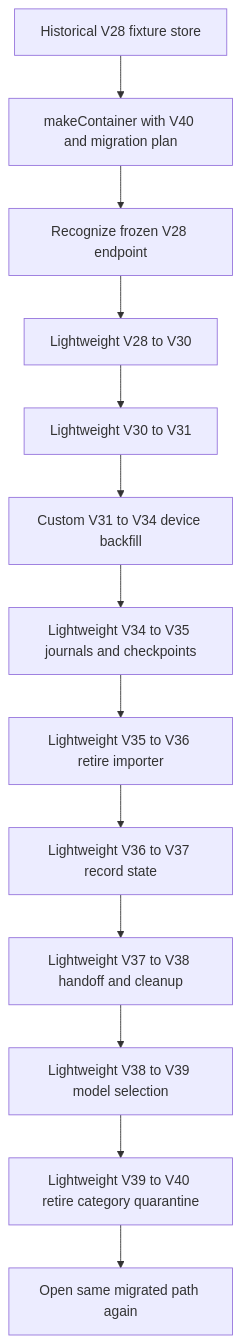
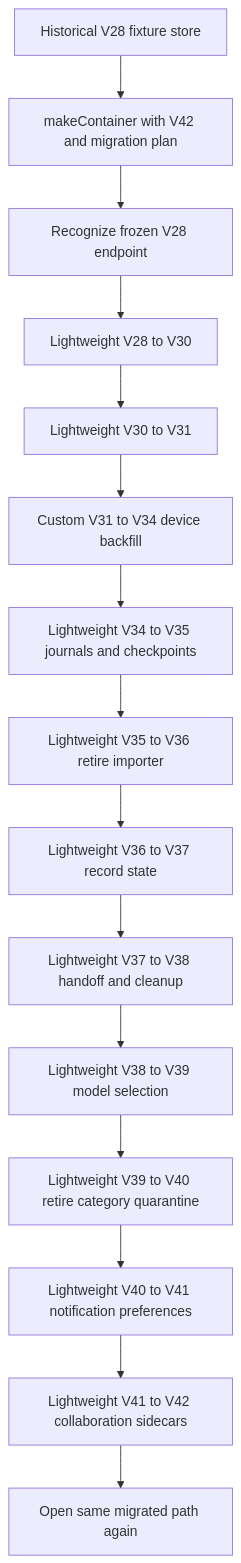
One commit to AkinoKaede/Termind changed the second of 3 diagrams in openwiki/concepts/persistence-and-secrets.md. Above: the diagram before and after it, drawn with Mermaid. The commit also changed other lines of this file and 56 other files, not shown here.

````diff
--- a/openwiki/concepts/persistence-and-secrets.md
+++ b/openwiki/concepts/persistence-and-secrets.md
@@ -167,15 +173,17 @@
 ```mermaid
 flowchart TD
-    Fixture["Historical V28 fixture store"] --> Factory["makeContainer with V40 and migration plan"]
+    Fixture["Historical V28 fixture store"] --> Factory["makeContainer with V42 and migration plan"]
     Factory --> V28["Recognize frozen V28 endpoint"]
     V28 --> V30["Lightweight V28 to V30"]
     V30 --> V31["Lightweight V30 to V31"]
     V31 --> V34["Custom V31 to V34 device backfill"]
     V34 --> V35["Lightweight V34 to V35 journals and checkpoints"]
     V35 --> V36["Lightweight V35 to V36 retire importer"]
     V36 --> V37["Lightweight V36 to V37 record state"]
     V37 --> V38["Lightweight V37 to V38 handoff and cleanup"]
     V38 --> V39["Lightweight V38 to V39 model selection"]
     V39 --> V40["Lightweight V39 to V40 retire category quarantine"]
-    V40 --> Reopen["Open same migrated path again"]
+    V40 --> V41["Lightweight V40 to V41 notification preferences"]
+    V41 --> V42["Lightweight V41 to V42 collaboration sidecars"]
+    V42 --> Reopen["Open same migrated path again"]
 ```
````
